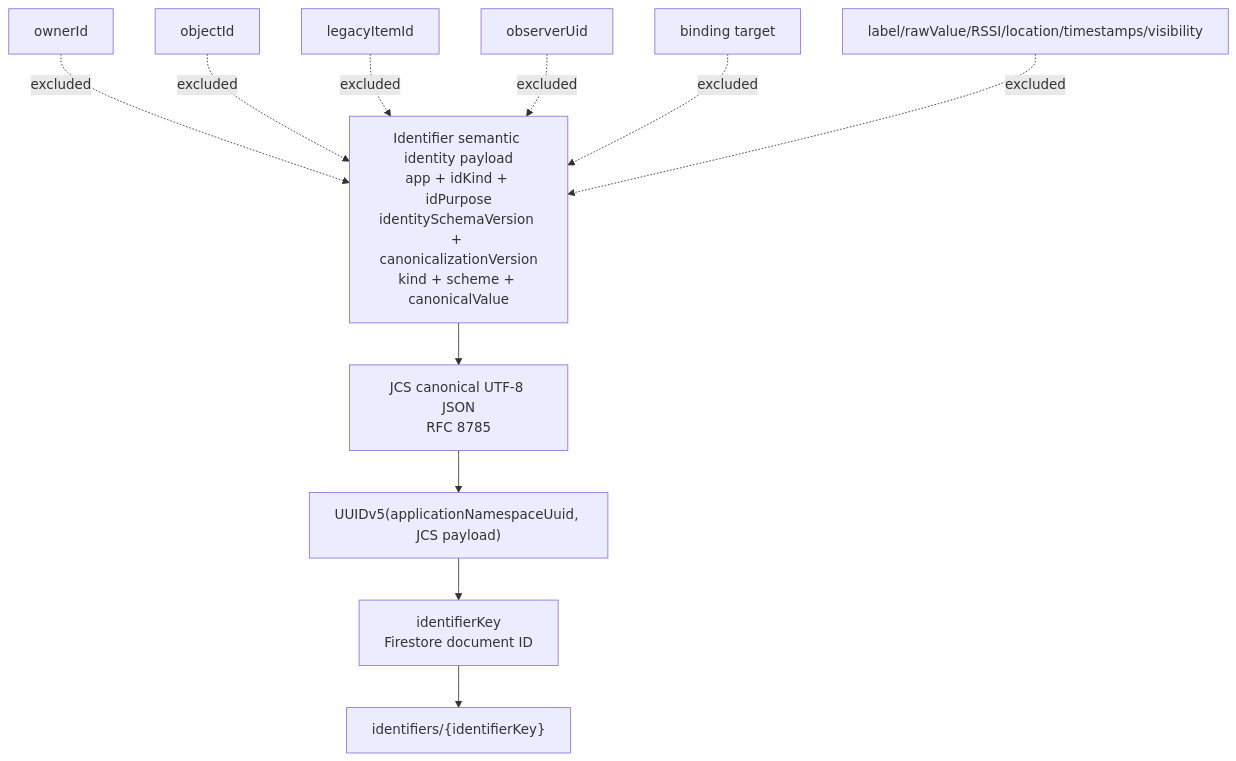
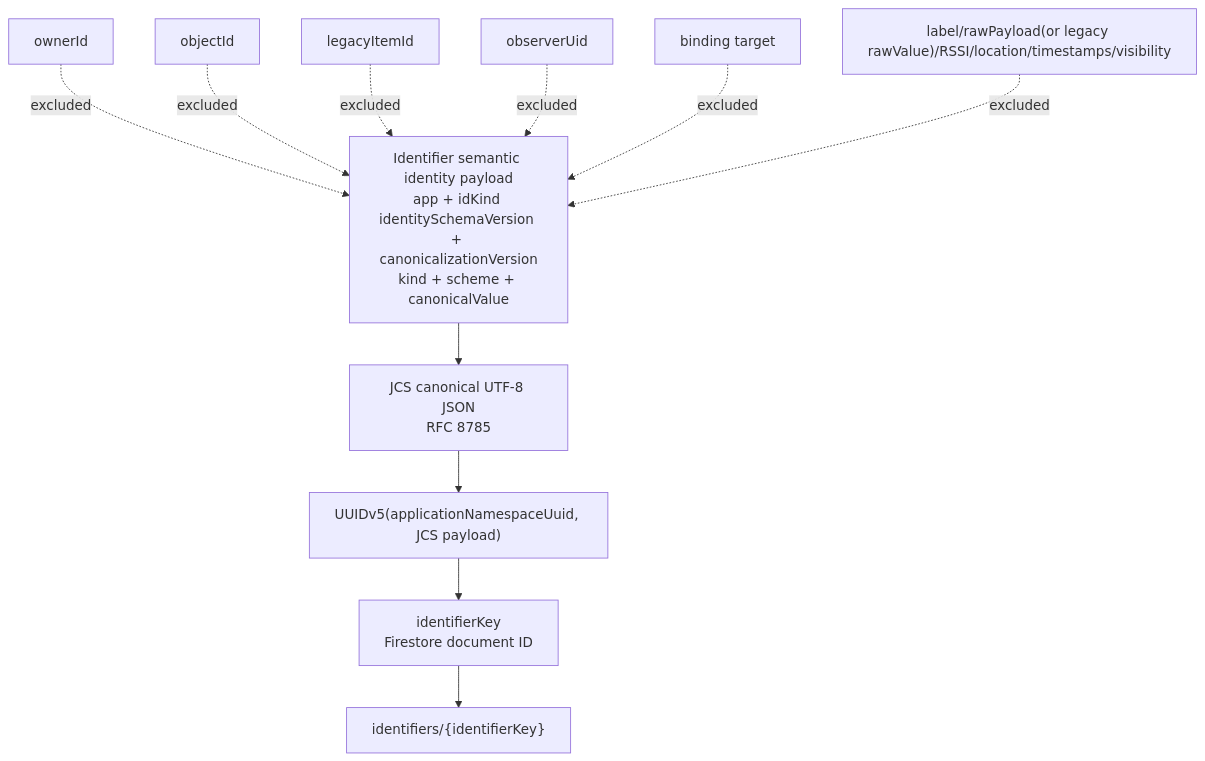
Before and after one commit to TakashiSasaki/scan.moukaeritai.work: the second of 3 diagrams in docs/app/database-identity-er-diagram.md, drawn with Mermaid. The commit also changed other lines of this file and 10 other files, not shown here.

````diff
--- a/docs/app/database-identity-er-diagram.md
+++ b/docs/app/database-identity-er-diagram.md
@@ -123,24 +123,24 @@
 ```mermaid
 flowchart TD
-  SemanticPayload["Identifier semantic identity payload<br/>app + idKind + idPurpose<br/>identitySchemaVersion + canonicalizationVersion<br/>kind + scheme + canonicalValue"]
+  SemanticPayload["Identifier semantic identity payload<br/>app + idKind <br/>identitySchemaVersion + canonicalizationVersion<br/>kind + scheme + canonicalValue"]
   JCS["JCS canonical UTF-8 JSON<br/>RFC 8785"]
   UUIDv5["UUIDv5(applicationNamespaceUuid, JCS payload)"]
   IdentifierKey["identifierKey<br/>Firestore document ID"]
   IdentifierDoc["identifiers/{identifierKey}"]
 
   SemanticPayload --> JCS --> UUIDv5 --> IdentifierKey --> IdentifierDoc
 
   OwnerId["ownerId"]
   ObjectId["objectId"]
   LegacyItemId["legacyItemId"]
   ObserverUid["observerUid"]
   BindingTarget["binding target"]
-  Metadata["label/rawValue/RSSI/location/timestamps/visibility"]
+  Metadata["label/rawPayload(or legacy rawValue)/RSSI/location/timestamps/visibility"]
 
   OwnerId -. excluded .-> SemanticPayload
   ObjectId -. excluded .-> SemanticPayload
   LegacyItemId -. excluded .-> SemanticPayload
   ObserverUid -. excluded .-> SemanticPayload
   BindingTarget -. excluded .-> SemanticPayload
   Metadata -. excluded .-> SemanticPayload
 ```
````
